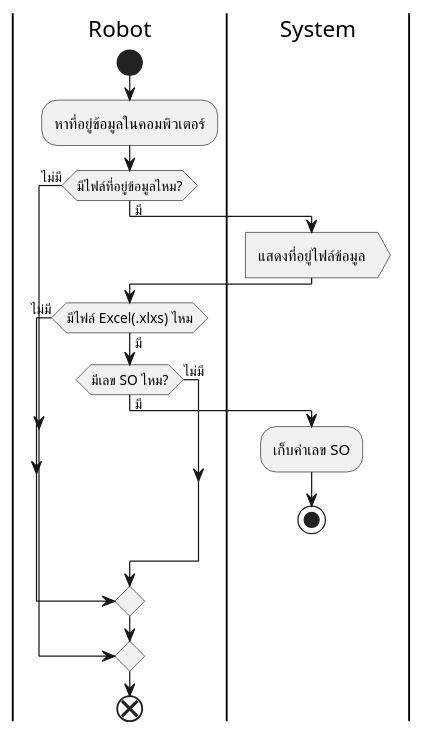
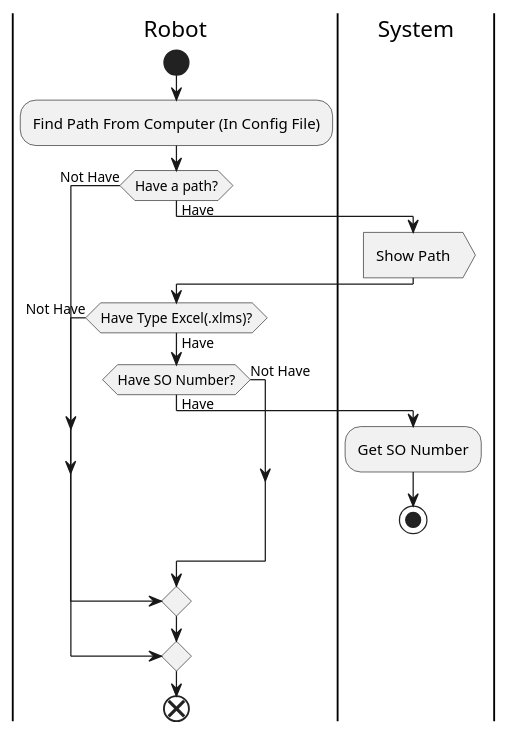
Before and after one commit to Meenkonlapat/RPA-Project: the diagram in Robot Activity (Project Assign System Management)/u1-receive document.wsd, drawn with PlantUML. The commit also changed 19 other files, not shown here.

```diff
--- a/Robot Activity (Project Assign System Management)/u1-receive document.wsd
+++ b/Robot Activity (Project Assign System Management)/u1-receive document.wsd
@@ -1,23 +1,23 @@
 @startuml
 |Robot|
 start
-:หาที่อยู่ข้อมูลในคอมพิวเตอร์;
-if(มีไฟล์ที่อยู่ข้อมูลไหม?) then(มี) 
+:Find Path From Computer (In Config File);
+if(Have a path?) then(Have) 
 |System|
-:แสดงที่อยู่ไฟล์ข้อมูล>
+:Show Path>
 |Robot|
-if(มีไฟล์ Excel(.xlxs) ไหม) then(มี)
-if(มีเลข SO ไหม?) then(มี)
+if(Have Type Excel(.xlms)?) then(Have)
+if(Have SO Number?) then(Have)
 |System|
-:เก็บค่าเลข SO;
+:Get SO Number;
 stop
 |Robot|
-else(ไม่มี) 
+else(Not Have) 
 endif
-else(ไม่มี) 
+else(Not Have) 
 endif
-else(ไม่มี) 
+else(Not Have) 
 endif
 |Robot|
 end
 @enduml
```
